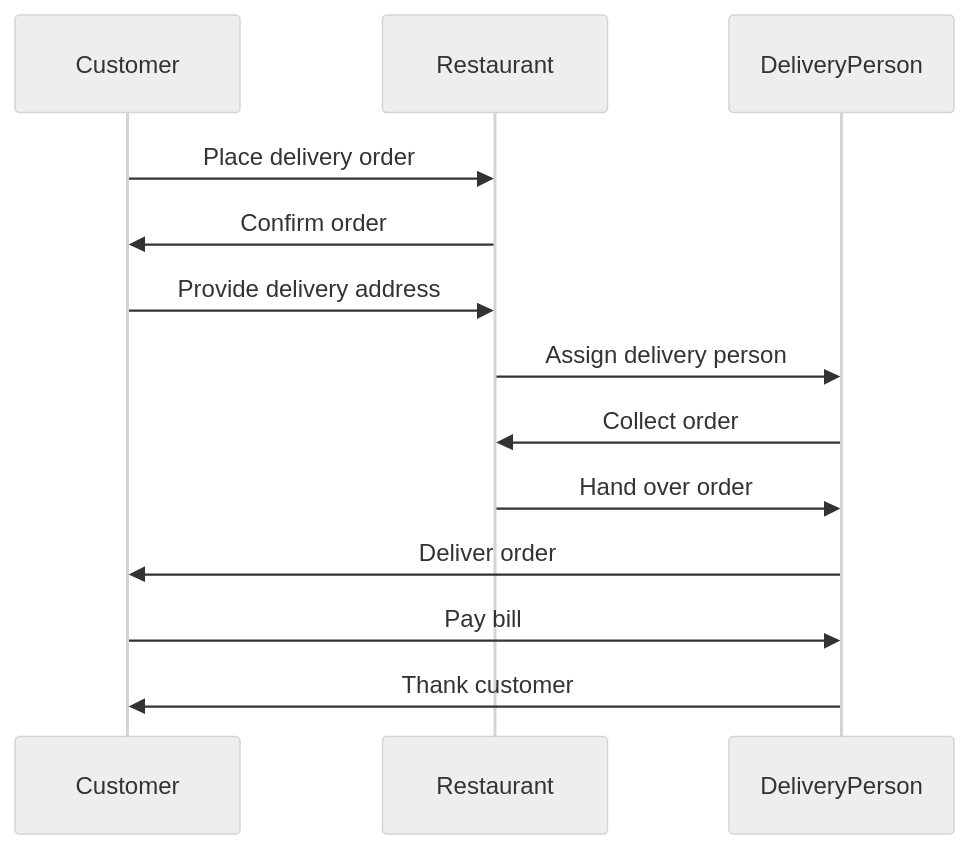
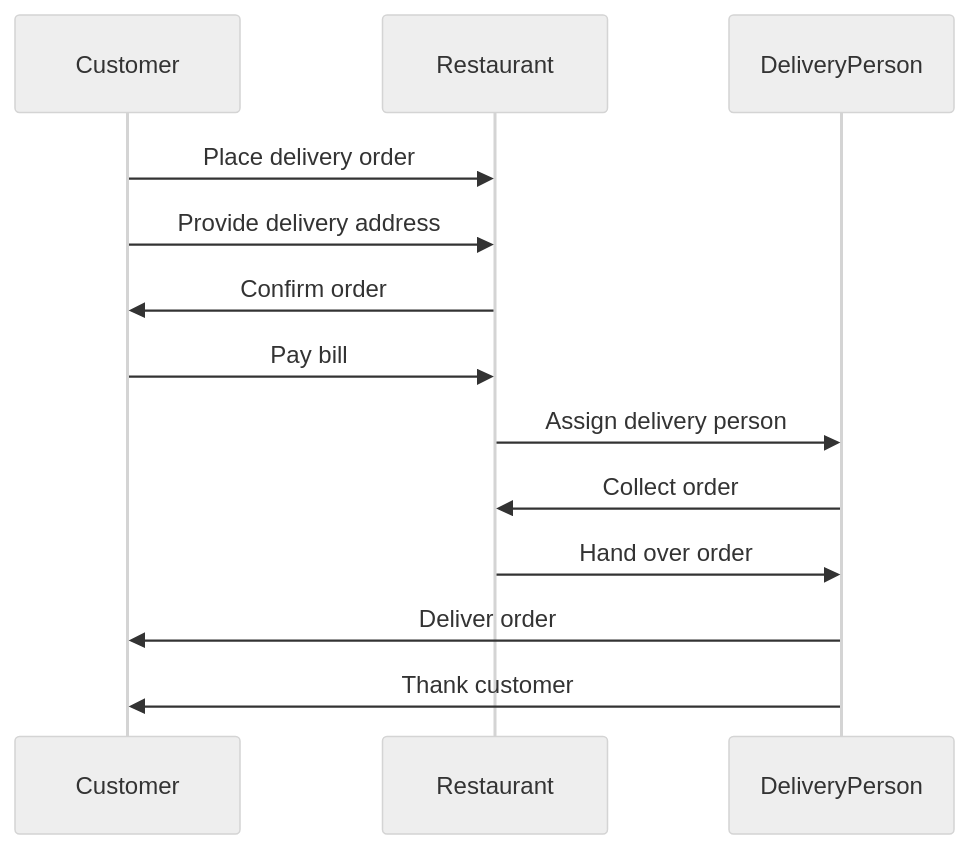
Before and after one commit to Harsh98992/digitalMenu: the third of 11 diagrams in handbook/handbook.md, drawn with Mermaid (neutral theme). The commit also changed other lines of this file and 2 other files, not shown here.

Commit message:
add diagram markdown file and update markdownlint configuration

````diff
--- a/handbook/handbook.md
+++ b/handbook/handbook.md
@@ -451,16 +450,16 @@
 ```mermaid
 sequenceDiagram
     participant Customer
     participant Restaurant
     participant DeliveryPerson
 
     Customer->>Restaurant: Place delivery order
+    Customer->>Restaurant: Provide delivery address
     Restaurant->>Customer: Confirm order
-    Customer->>Restaurant: Provide delivery address
+    Customer->>Restaurant: Pay bill
     Restaurant->>DeliveryPerson: Assign delivery person
     DeliveryPerson->>Restaurant: Collect order
     Restaurant->>DeliveryPerson: Hand over order
     DeliveryPerson->>Customer: Deliver order
-    Customer->>DeliveryPerson: Pay bill
     DeliveryPerson->>Customer: Thank customer
 ```
````
